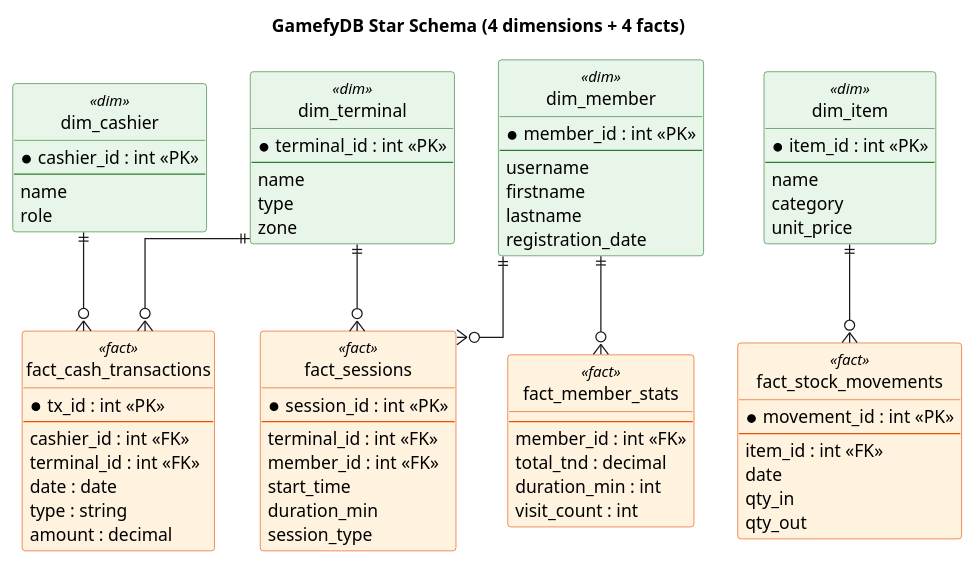
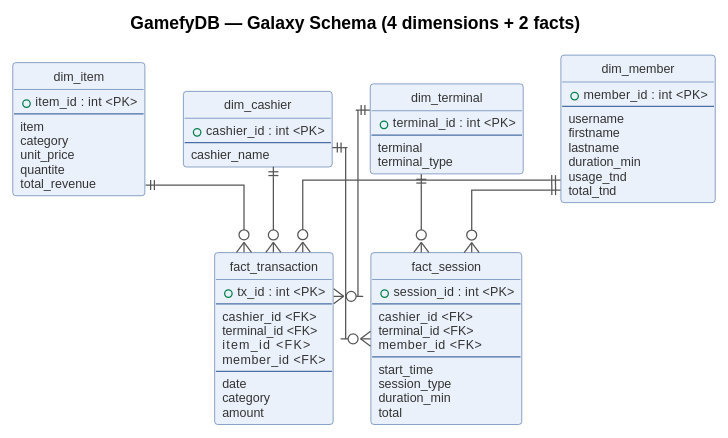
Before and after one commit to sarahmed1/GamefyDB: the diagram in docs/diagrams/star.puml, drawn with PlantUML. The commit also changed 218 other files, not shown here.

```diff
--- a/docs/diagrams/star.puml
+++ b/docs/diagrams/star.puml
@@ -1,90 +1,106 @@
 @startuml star
-title GamefyDB Star Schema (4 dimensions + 4 facts)
+title GamefyDB — Galaxy Schema (4 dimensions + 2 facts)
 
 hide circle
+skinparam shadowing false
 skinparam linetype ortho
-skinparam shadowing false
+skinparam DefaultFontName "Liberation Sans"
+skinparam DefaultFontSize 10
+skinparam ArrowColor #555555
+skinparam ranksep 40
+skinparam nodesep 30
+
 skinparam class {
-  BackgroundColor<<dim>>  #E8F5E9
-  BorderColor<<dim>>      #2E7D32
-  BackgroundColor<<fact>> #FFF3E0
-  BorderColor<<fact>>     #E65100
+  BackgroundColor #EAF1FA
+  BorderColor     #4A6FA5
+  FontColor       #1F3A5F
+  AttributeFontColor   #333333
+  AttributeFontSize    10
 }
 
-entity "dim_cashier" as dc <<dim>> {
-  * cashier_id : int <<PK>>
+' --- Dimensions (top row) ------------------------------------------------
+' Order chosen so that each dimension sits above (or near) the fact it
+' most often joins to: item -> transaction only ; cashier/terminal ->
+' both facts (center) ; member -> both facts (right).
+entity "dim_item" as di {
+  + item_id : int  <PK>
   --
-  name
-  role
+  item
+  category
+  unit_price
+  quantite
+  total_revenue
 }
 
-entity "dim_terminal" as dt <<dim>> {
-  * terminal_id : int <<PK>>
+entity "dim_cashier" as dc {
+  + cashier_id : int  <PK>
   --
-  name
-  type
-  zone
+  cashier_name
 }
 
-entity "dim_item" as di <<dim>> {
-  * item_id : int <<PK>>
+entity "dim_terminal" as dt {
+  + terminal_id : int  <PK>
   --
-  name
-  category
-  unit_price
+  terminal
+  terminal_type
 }
 
-entity "dim_member" as dm <<dim>> {
-  * member_id : int <<PK>>
+entity "dim_member" as dm {
+  + member_id : int  <PK>
   --
   username
   firstname
   lastname
-  registration_date
+  duration_min
+  usage_tnd
+  total_tnd
 }
 
-entity "fact_cash_transactions" as fct <<fact>> {
-  * tx_id : int <<PK>>
+' --- Facts (bottom row) --------------------------------------------------
+' fact_transaction sits under item+cashier (its non-shared dim is item)
+' fact_session sits under terminal+member (its shared dims are on the right)
+entity "fact_transaction" as ftx {
+  + tx_id : int  <PK>
   --
-  cashier_id : int <<FK>>
-  terminal_id : int <<FK>>
-  date : date
-  type : string
-  amount : decimal
+  cashier_id  <FK>
+  terminal_id <FK>
+  item_id     <FK>
+  member_id   <FK>
+  --
+  date
+  category
+  amount
 }
 
-entity "fact_sessions" as fs <<fact>> {
-  * session_id : int <<PK>>
+entity "fact_session" as fse {
+  + session_id : int  <PK>
   --
-  terminal_id : int <<FK>>
-  member_id : int <<FK>>
+  cashier_id  <FK>
+  terminal_id <FK>
+  member_id   <FK>
+  --
   start_time
+  session_type
   duration_min
-  session_type
+  total
 }
 
-entity "fact_stock_movements" as fsm <<fact>> {
-  * movement_id : int <<PK>>
-  --
-  item_id : int <<FK>>
-  date
-  qty_in
-  qty_out
-}
+' --- Layout hints --------------------------------------------------------
+di -[hidden]r- dc
+dc -[hidden]r- dt
+dt -[hidden]r- dm
+ftx -[hidden]r- fse
 
-entity "fact_member_stats" as fms <<fact>> {
-  --
-  member_id : int <<FK>>
-  total_tnd : decimal
-  duration_min : int
-  visit_count : int
-}
+' --- Relationships -------------------------------------------------------
+' Order matters with linetype ortho: declare shortest first so the
+' router prefers them, then the cross-fact lines.
+di ||--o{ ftx
+dc ||--o{ ftx
+dt ||--o{ ftx
+dm ||--o{ ftx
 
-dc  ||--o{ fct
-dt  ||--o{ fct
-dt  ||--o{ fs
-dm  ||--o{ fs
-dm  ||--o{ fms
-di  ||--o{ fsm
+dc ||--o{ fse
+dt ||--o{ fse
+dm ||--o{ fse
 
 @enduml
```
